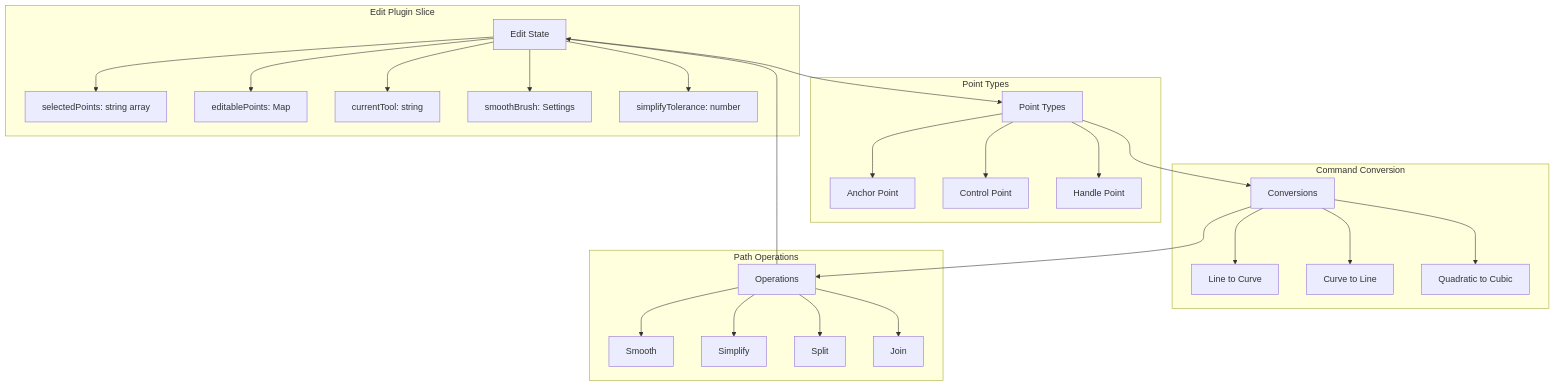
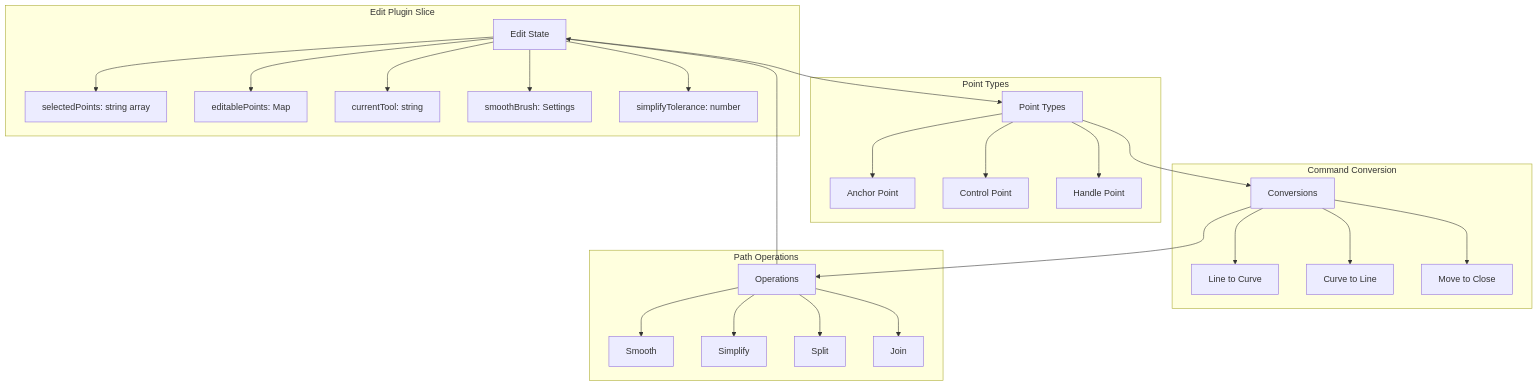
One commit to ekrsulov/ttpe changed the third of 3 diagrams in doc/docs/plugins/catalog/edit.md. Above: the diagram before and after it, drawn with Mermaid. The commit also changed other lines of this file, not shown here.

````diff
--- a/doc/docs/plugins/catalog/edit.md
+++ b/doc/docs/plugins/catalog/edit.md
@@ -209,38 +209,38 @@
 ```mermaid
 graph TB
     subgraph "Edit Plugin Slice"
         ES[Edit State]
         ES --> SP[selectedPoints: string array]
         ES --> EP[editablePoints: Map]
         ES --> CT[currentTool: string]
         ES --> SB[smoothBrush: Settings]
         ES --> ST[simplifyTolerance: number]
     end
     
     subgraph "Point Types"
         PT[Point Types]
         PT --> AP[Anchor Point]
         PT --> CP[Control Point]
         PT --> HP[Handle Point]
     end
     
     subgraph "Command Conversion"
         CC[Conversions]
         CC --> LTC[Line to Curve]
         CC --> CTL[Curve to Line]
-        CC --> QTC[Quadratic to Cubic]
+        CC --> MTZ[Move to Close]
     end
     
     subgraph "Path Operations"
         PO[Operations]
         PO --> SM[Smooth]
         PO --> SMP[Simplify]
         PO --> SPL[Split]
         PO --> JN[Join]
     end
     
     ES --> PT
     PT --> CC
     CC --> PO
     PO --> ES
 ```
````
